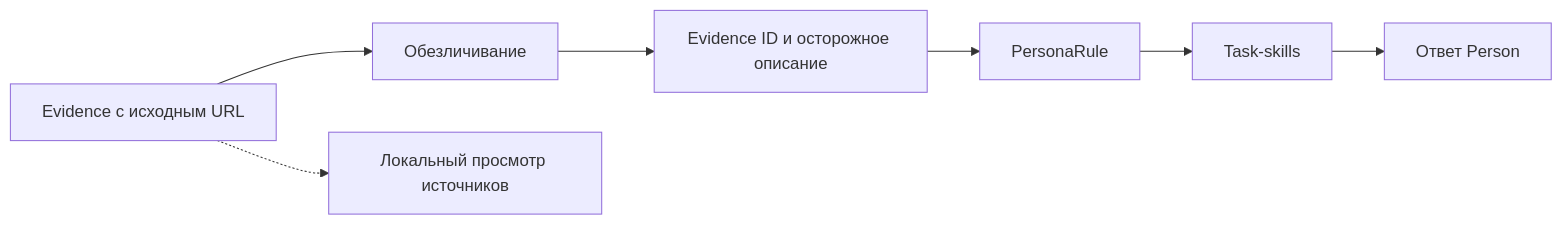
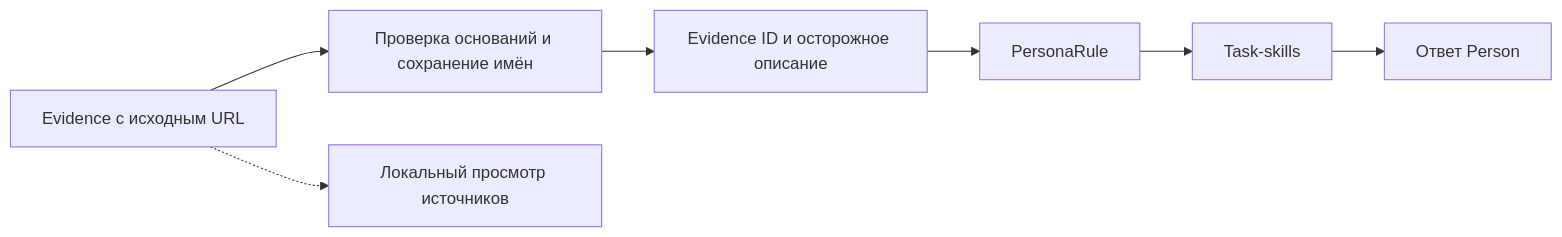
One commit to gnoy-i-salo/proteus changed the second of 2 diagrams in docs/architecture.md. Above: the diagram before and after it, drawn with Mermaid. The commit also changed other lines of this file and 7 other files, not shown here.

````diff
--- a/docs/architecture.md
+++ b/docs/architecture.md
@@ -80,9 +91,9 @@
 ```mermaid
 flowchart LR
-    report["Evidence с исходным URL"] --> redaction["Обезличивание"]
-    redaction --> evidence["Evidence ID и осторожное описание"]
+    report["Evidence с исходным URL"] --> context["Проверка оснований и сохранение имён"]
+    context --> evidence["Evidence ID и осторожное описание"]
     evidence --> rules["PersonaRule"]
     rules --> skills["Task-skills"]
     skills --> solve["Ответ Person"]
     report -.-> local["Локальный просмотр источников"]
 ```
````
